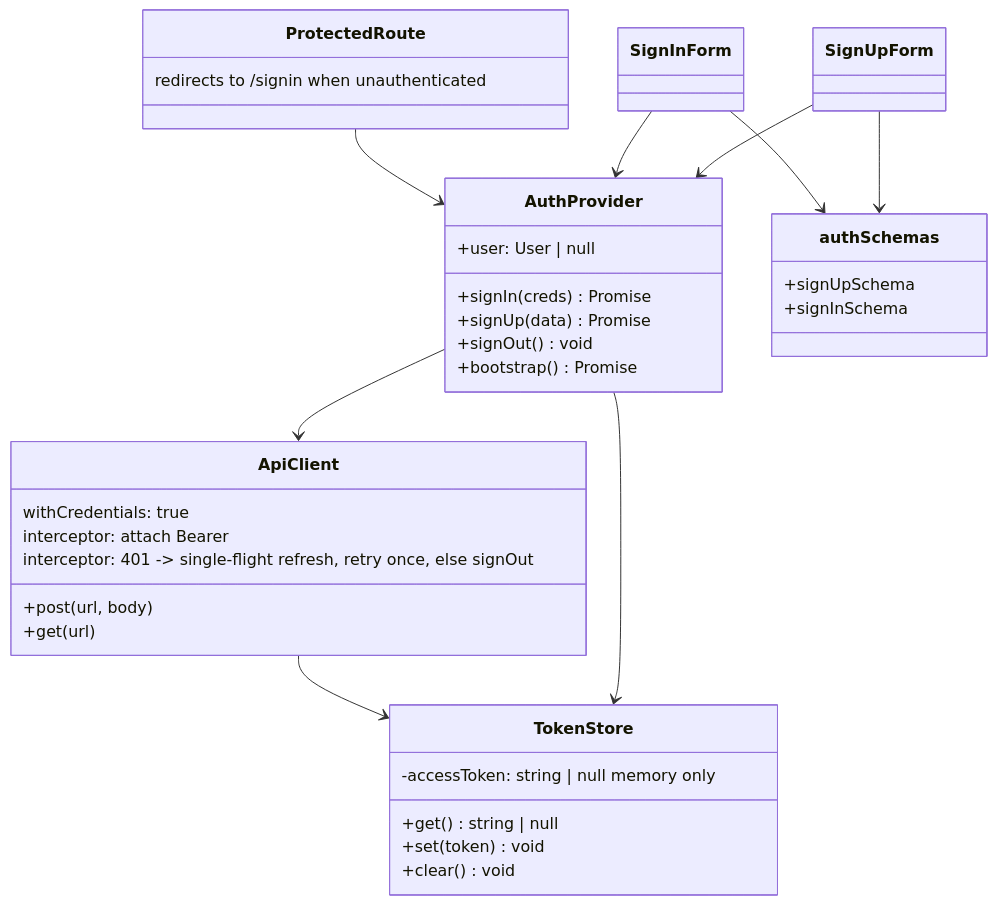
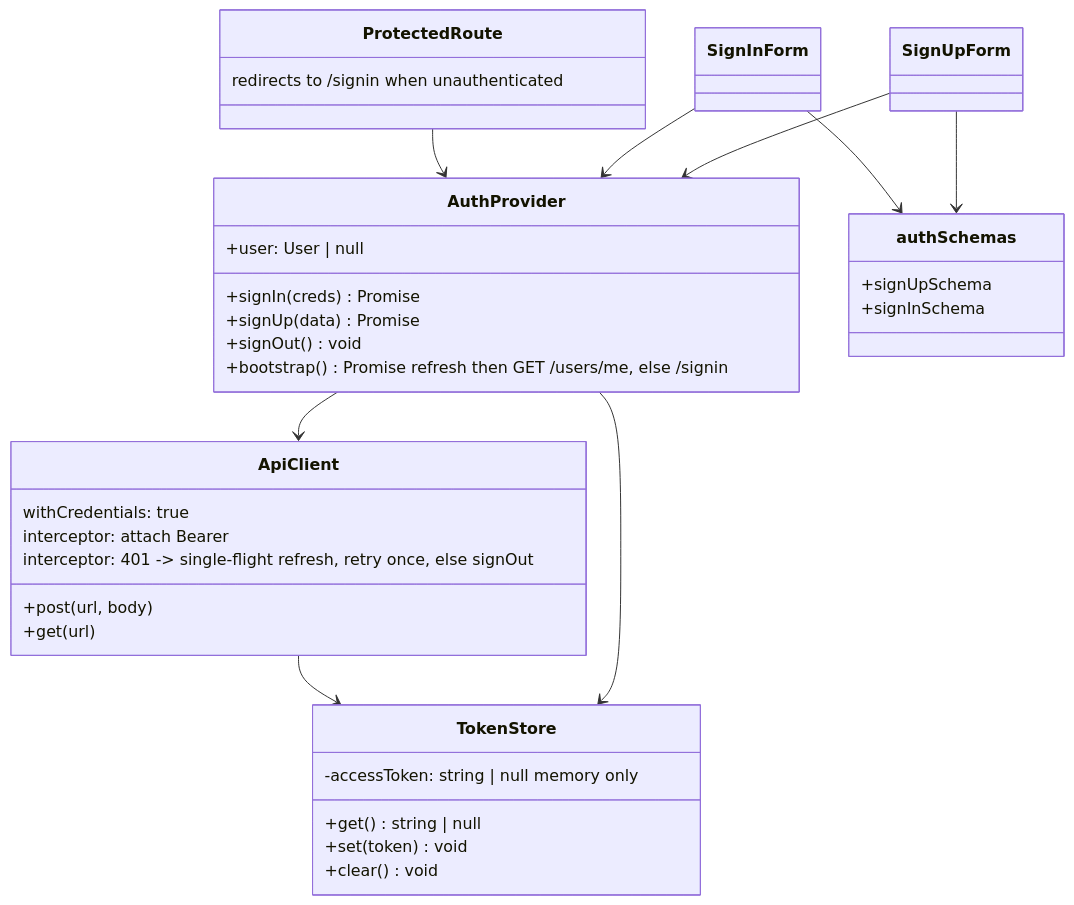
The second of 2 diagrams in docs/architecture/c4-code.md (Rowan-habashy/easyGenerator-auth), drawn with Mermaid before and after one commit. The commit also changed other lines of this file and 4 other files, not shown here.

````diff
--- a/docs/architecture/c4-code.md
+++ b/docs/architecture/c4-code.md
@@ -100,38 +93,38 @@
 ```mermaid
 classDiagram
     class AuthProvider {
         +user: User | null
         +signIn(creds) Promise
         +signUp(data) Promise
         +signOut() void
-        +bootstrap() Promise
+        +bootstrap() Promise  refresh then GET /users/me, else /signin
     }
     class TokenStore {
         -accessToken: string | null  memory only
         +get() string | null
         +set(token) void
         +clear() void
     }
     class ApiClient {
         +post(url, body)
         +get(url)
         withCredentials: true
         interceptor: attach Bearer
         interceptor: 401 -> single-flight refresh, retry once, else signOut
     }
     class authSchemas {
         +signUpSchema
         +signInSchema
     }
     class ProtectedRoute {
         redirects to /signin when unauthenticated
     }
     AuthProvider --> ApiClient
     AuthProvider --> TokenStore
     ApiClient --> TokenStore
     SignUpForm --> authSchemas
     SignInForm --> authSchemas
     SignUpForm --> AuthProvider
     SignInForm --> AuthProvider
     ProtectedRoute --> AuthProvider
 ```
````
